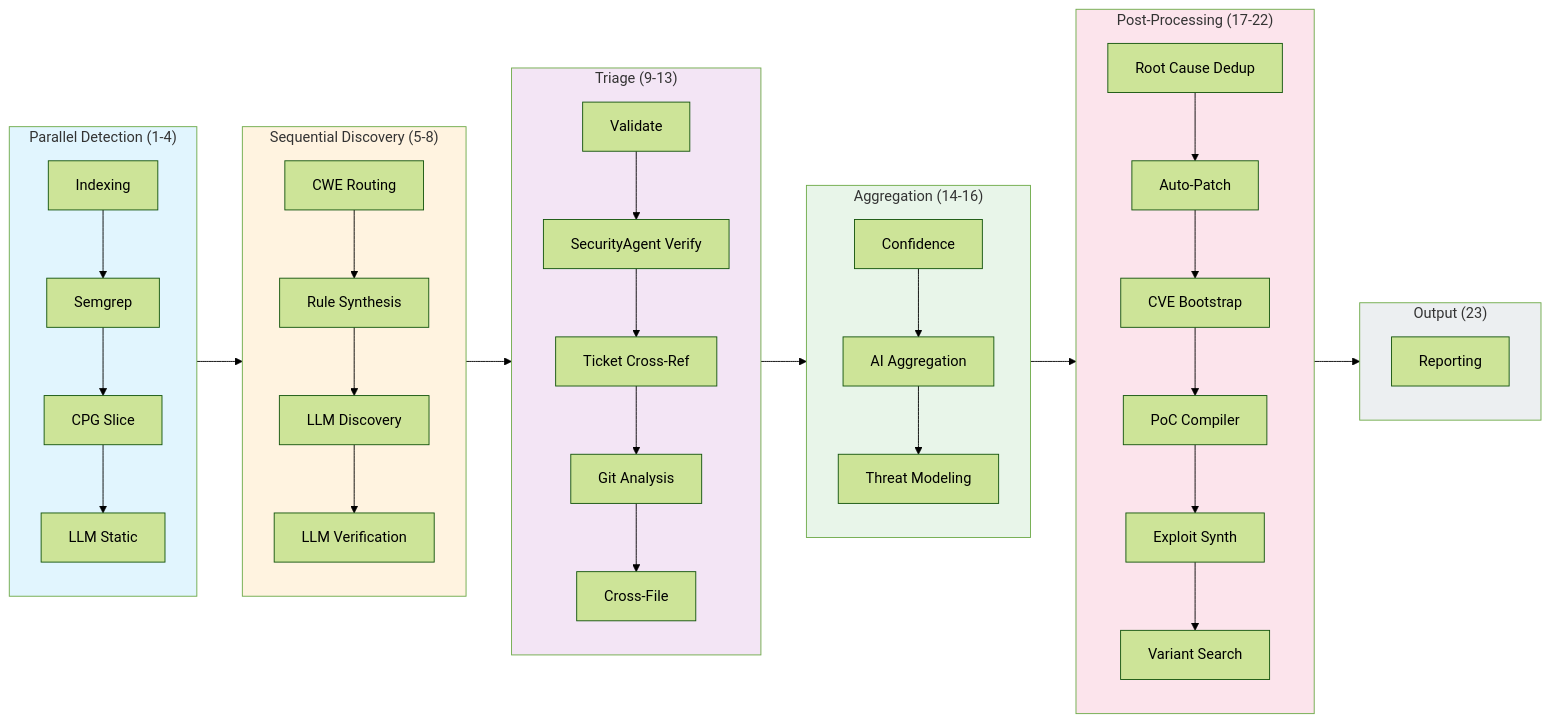
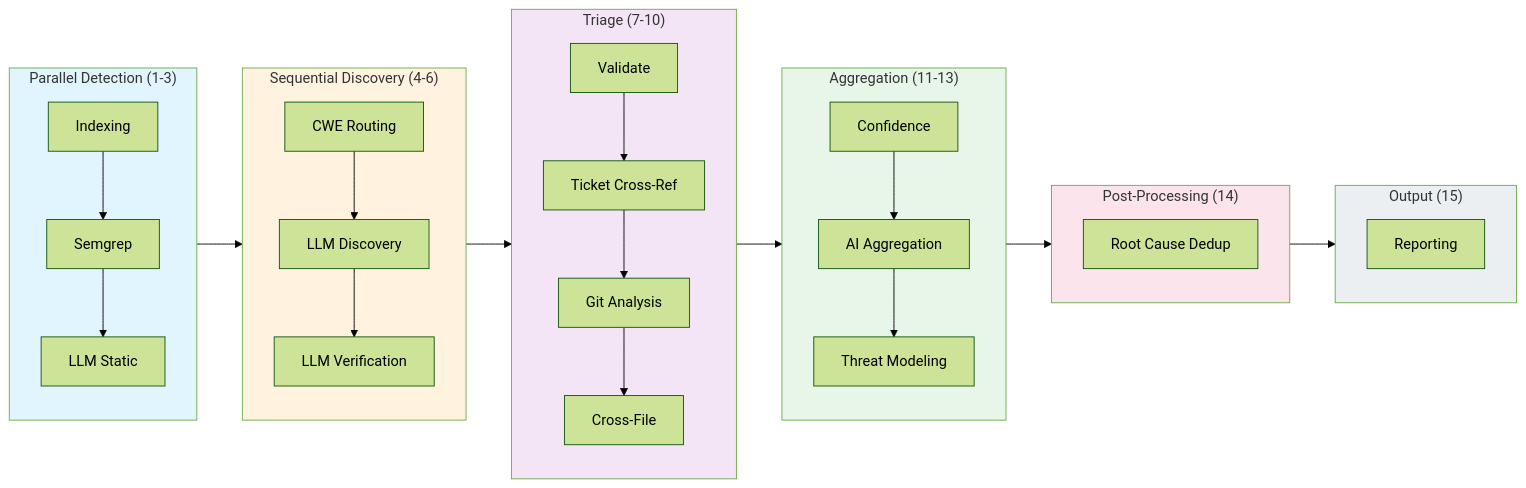
Before and after one commit to CodeAtCode/baco-scanner: the diagram in docs/architecture.md, drawn with Mermaid (forest theme). The commit also changed other lines of this file and 187 other files, not shown here.

````diff
--- a/docs/architecture.md
+++ b/docs/architecture.md
@@ -46,51 +38,51 @@
 ```mermaid
 flowchart LR
-    subgraph Parallel["Parallel Detection (1-4)"]
+    subgraph Parallel["Parallel Detection (1-3)"]
         direction TB
-        A1[Indexing] --> A2[Semgrep] --> A3[CPG Slice] --> A4[LLM Static]
+        A1[Indexing] --> A2[Semgrep] --> A3[LLM Static]
     end
 
-    subgraph Discovery["Sequential Discovery (5-8)"]
+    subgraph Discovery["Sequential Discovery (4-6)"]
         direction TB
-        B1[CWE Routing] --> B2[Rule Synthesis] --> B3[LLM Discovery] --> B4[LLM Verification]
+        B1[CWE Routing] --> B2[LLM Discovery] --> B3[LLM Verification]
     end
 
-    subgraph Triage["Triage (9-13)"]
+    subgraph Triage["Triage (7-10)"]
         direction TB
-        C1[Validate] --> C2[SecurityAgent Verify] --> C3[Ticket Cross-Ref] --> C4[Git Analysis] --> C5[Cross-File]
+        C1[Validate] --> C2[Ticket Cross-Ref] --> C3[Git Analysis] --> C4[Cross-File]
     end
 
-    subgraph Aggregation["Aggregation (14-16)"]
+    subgraph Aggregation["Aggregation (11-13)"]
         direction TB
         D1[Confidence] --> D2[AI Aggregation] --> D3[Threat Modeling]
     end
 
-    subgraph PostProcessing["Post-Processing (17-22)"]
+    subgraph PostProcessing["Post-Processing (14)"]
         direction TB
-        E1[Root Cause Dedup] --> E2[Auto-Patch] --> E3[CVE Bootstrap] --> E4[PoC Compiler] --> E5[Exploit Synth] --> E6[Variant Search]
+        E1[Root Cause Dedup]
     end
 
-    subgraph Output["Output (23)"]
+    subgraph Output["Output (15)"]
         direction TB
         F1[Reporting]
     end
 
-    A4 --> B1
-    B4 --> C1
-    C5 --> D1
+    A3 --> B1
+    B3 --> C1
+    C4 --> D1
     D3 --> E1
-    E6 --> F1
+    E1 --> F1
 
     classDef parallel fill:#e1f5fe
     classDef discovery fill:#fff3e0
     classDef triage fill:#f3e5f5
     classDef aggregation fill:#e8f5e9
     classDef postproc fill:#fce4ec
     classDef output fill:#eceff1
     class Parallel parallel
     class Discovery discovery
     class Triage triage
     class Aggregation aggregation
     class PostProcessing postproc
     class Output output
 ```
````
